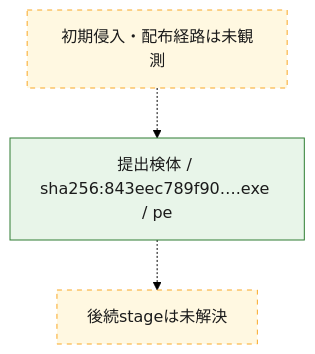
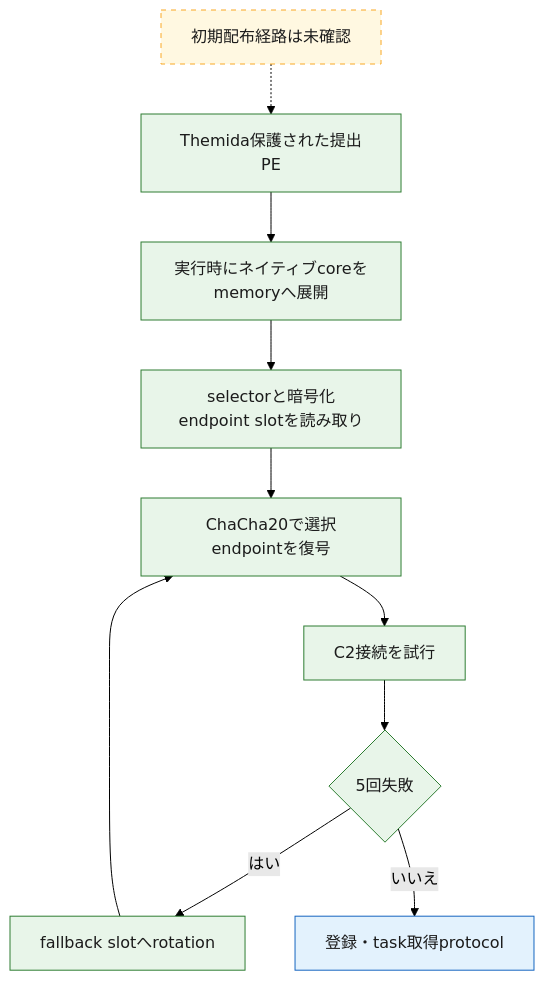
Before and after one commit to proshiba/AI-security-analysis: the second of 3 diagrams in analysis-results/malware/remusstealer/versions/unknown/cases/843eec789f90f15c13e6905f36f54c32a0dbf767d9715aef1387d232aa11ab93/OVERALL-LOGIC.md, drawn with Mermaid (forest theme). The commit also changed other lines of this file and 182 other files, not shown here.

````diff
--- a/analysis-results/malware/remusstealer/versions/unknown/cases/843eec789f90f15c13e6905f36f54c32a0dbf767d9715aef1387d232aa11ab93/OVERALL-LOGIC.md
+++ b/analysis-results/malware/remusstealer/versions/unknown/cases/843eec789f90f15c13e6905f36f54c32a0dbf767d9715aef1387d232aa11ab93/OVERALL-LOGIC.md
@@ -31,13 +29,18 @@
 ```mermaid
 flowchart TD
-  chain_initial["初期侵入・配布経路は未観測"]
-  chain_01["提出検体 / sha256:843eec789f90….exe / pe"]
-  chain_initial -.-> chain_01
-  chain_unknown["後続stageは未解決"]
-  chain_01 -.-> chain_unknown
-  class chain_unknown unresolved
-  class chain_01 confirmed
-  class chain_initial unresolved
+  A["初期配布経路は未確認"] -.-> B["Themida保護された提出PE"]
+  B --> C["実行時にネイティブcoreをmemoryへ展開"]
+  C --> D["selectorと暗号化endpoint slotを読み取り"]
+  D --> E["ChaCha20で選択endpointを復号"]
+  E --> F["C2接続を試行"]
+  F --> G{"5回失敗"}
+  G -- "はい" --> H["fallback slotへrotation"]
+  H --> E
+  G -- "いいえ" --> I["登録・task取得protocol"]
+  class B,C,D,E,F,G,H confirmed
+  class A unresolved
+  class I correlated
   classDef confirmed fill:#e8f5e9,stroke:#2e7d32,color:#1b1b1b
+  classDef correlated fill:#e3f2fd,stroke:#1565c0,color:#1b1b1b
   classDef unresolved fill:#fff8e1,stroke:#f9a825,color:#1b1b1b,stroke-dasharray:5 5
 ```
````
